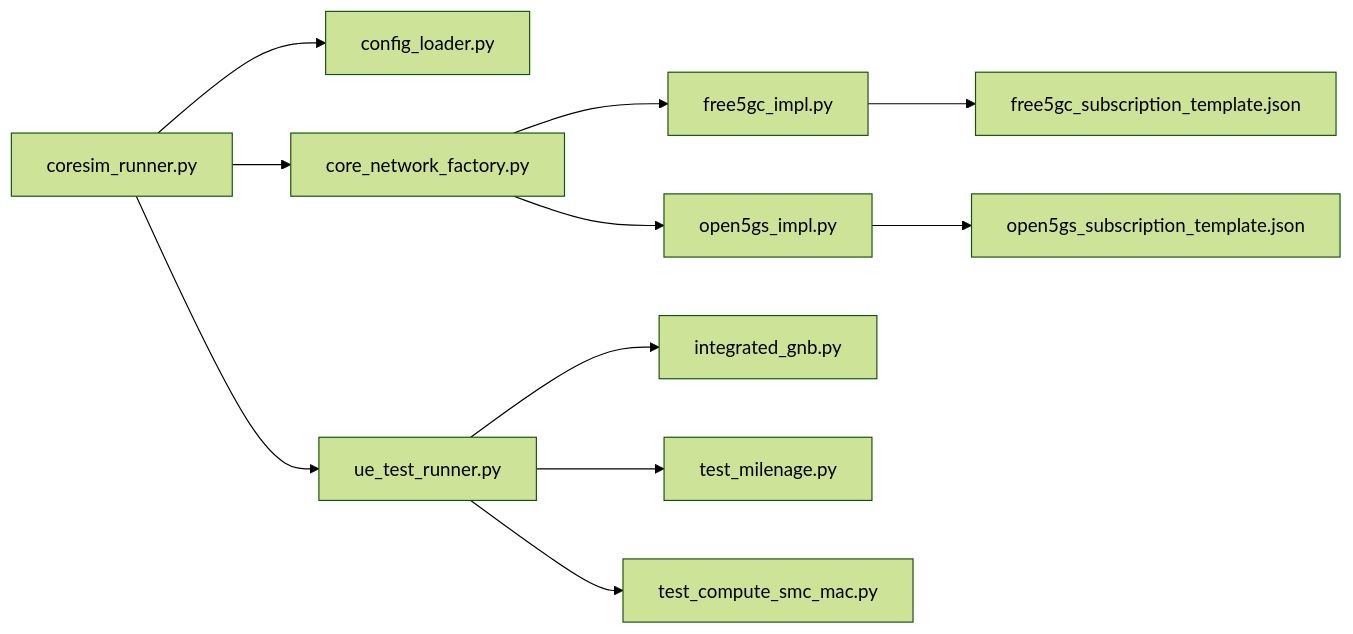
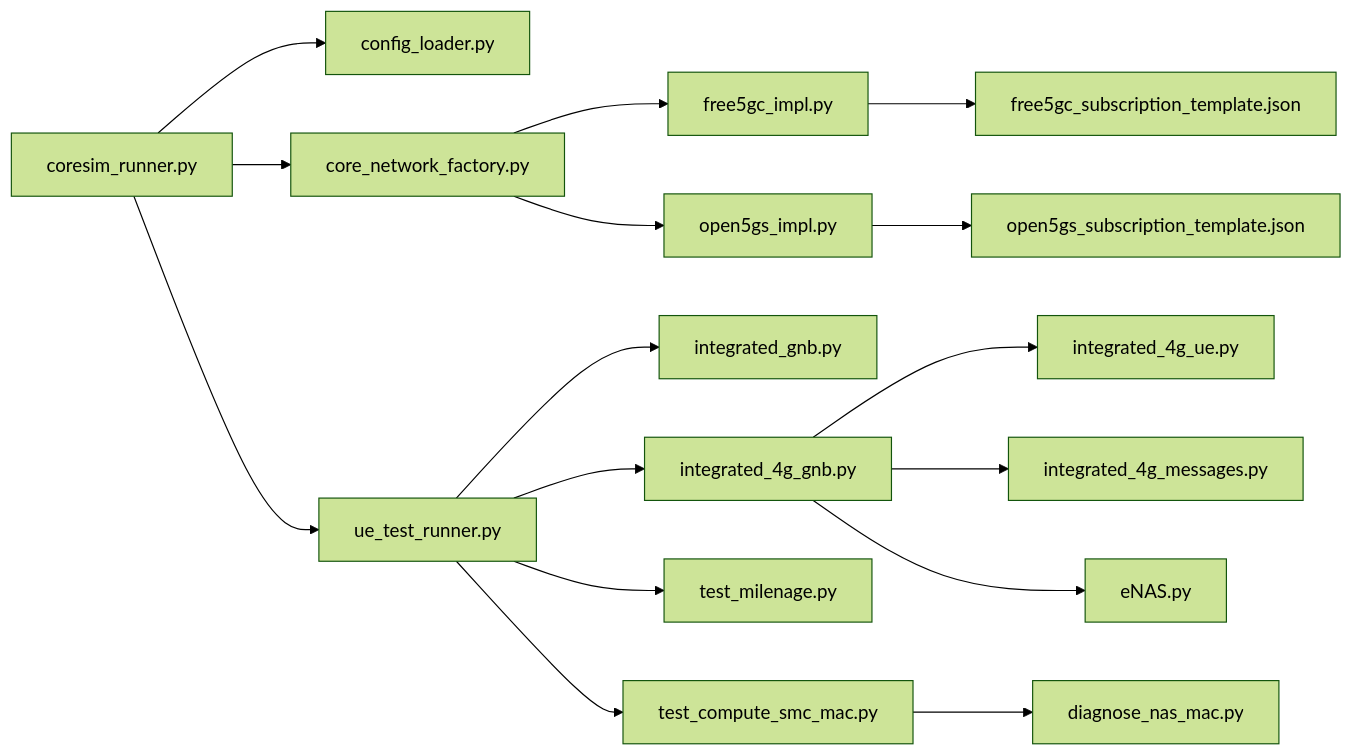
One commit to hackeryounow/coresimrunner changed the tenth of 10 diagrams in .qoder/repowiki/en/content/Project Overview/Features Overview/Features Overview.md. Above: the diagram before and after it, drawn with Mermaid (forest theme). The commit also changed other lines of this file and 6 other files, not shown here.

````diff
--- a/.qoder/repowiki/en/content/Project Overview/Features Overview/Features Overview.md
+++ b/.qoder/repowiki/en/content/Project Overview/Features Overview/Features Overview.md
@@ -375,13 +416,18 @@
 ```mermaid
 graph LR
 CLI["coresim_runner.py"] --> CFG["config_loader.py"]
 CLI --> CNF["core_network_factory.py"]
 CNF --> F5GC["free5gc_impl.py"]
 CNF --> O5GS["open5gs_impl.py"]
 CLI --> UER["ue_test_runner.py"]
 UER --> IG["integrated_gnb.py"]
+UER --> I4G["integrated_4g_gnb.py"]
+I4G --> END_USER["integrated_4g_ue.py"]
+I4G --> END_MSG["integrated_4g_messages.py"]
+I4G --> ENAS["eNAS.py"]
 F5GC --> TPL_F["free5gc_subscription_template.json"]
 O5GS --> TPL_O["open5gs_subscription_template.json"]
 UER --> TEST1["test_milenage.py"]
 UER --> TEST2["test_compute_smc_mac.py"]
+TEST2 --> DIAG["diagnose_nas_mac.py"]
 ```
````
